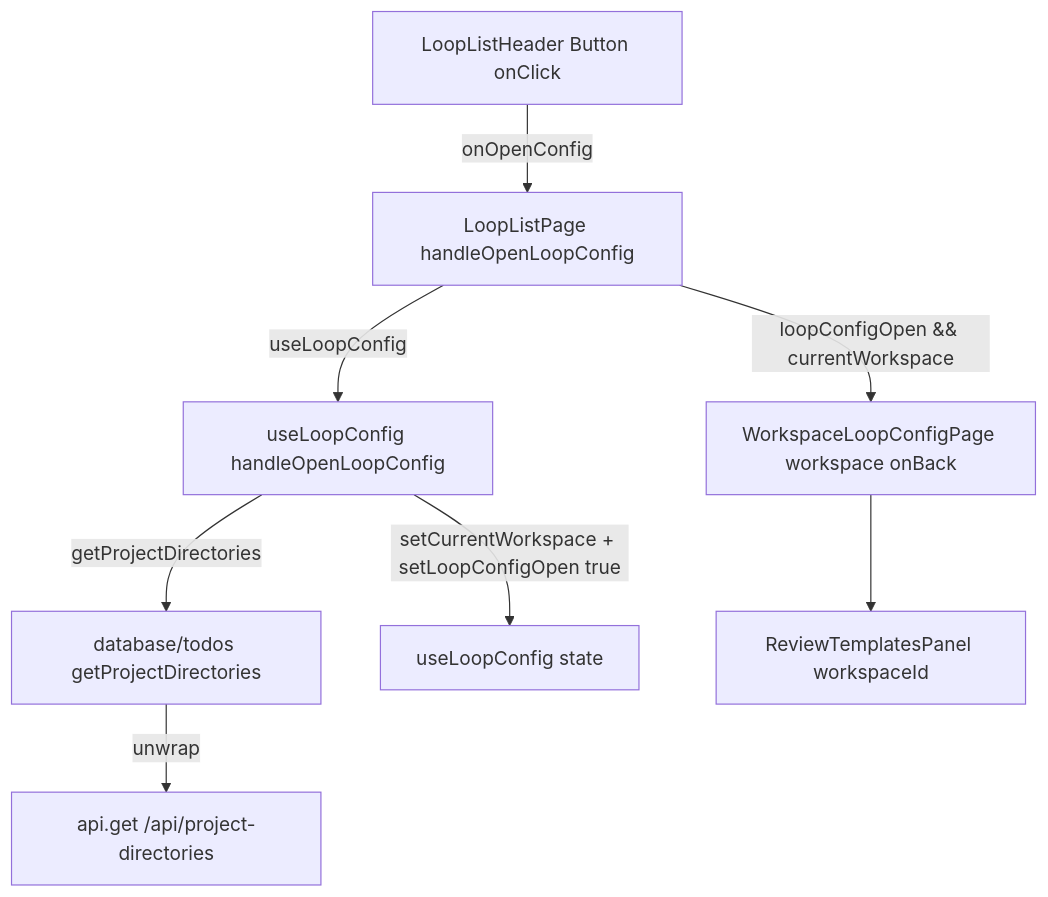
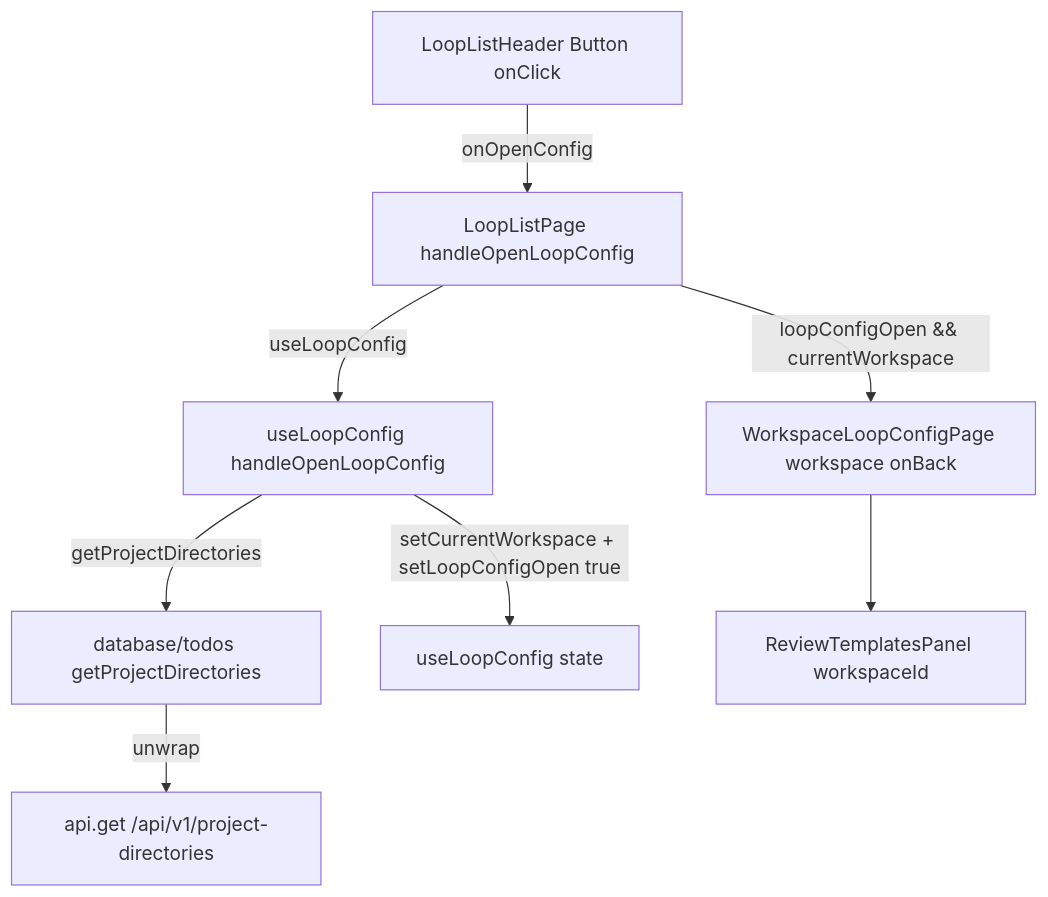
One commit to weibaohui/ntd changed the second of 4 diagrams in frontend/src/help/pages/loop-list-open-config.md. Above: the diagram before and after it, drawn with Mermaid. The commit also changed other lines of this file and 14 other files, not shown here.

````diff
--- a/frontend/src/help/pages/loop-list-open-config.md
+++ b/frontend/src/help/pages/loop-list-open-config.md
@@ -26,10 +26,10 @@
 ```mermaid
 flowchart TD
   Header["LoopListHeader Button onClick"] -->|"onOpenConfig"| LLP["LoopListPage handleOpenLoopConfig"]
   LLP -->|"useLoopConfig"| CFG["useLoopConfig handleOpenLoopConfig"]
   CFG -->|"getProjectDirectories"| DBT["database/todos getProjectDirectories"]
-  DBT -->|"unwrap"| API["api.get /api/project-directories"]
+  DBT -->|"unwrap"| API["api.get /api/v1/project-directories"]
   CFG -->|"setCurrentWorkspace + setLoopConfigOpen true"| ST["useLoopConfig state"]
   LLP -->|"loopConfigOpen && currentWorkspace"| WCP["WorkspaceLoopConfigPage workspace onBack"]
   WCP --> RTP["ReviewTemplatesPanel workspaceId"]
 ```
````
